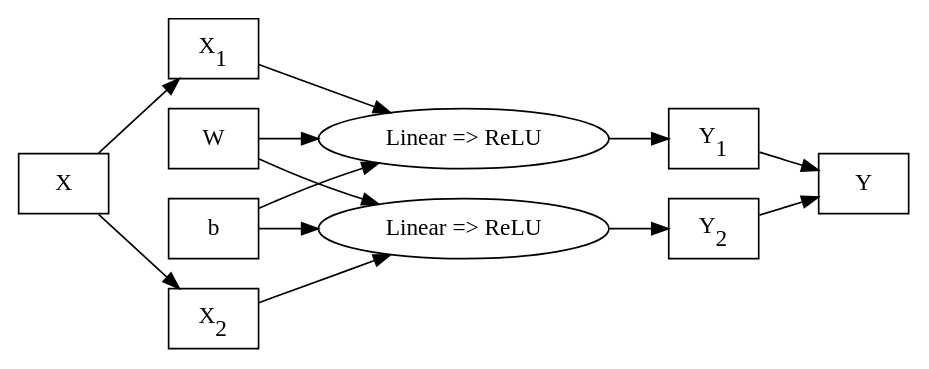
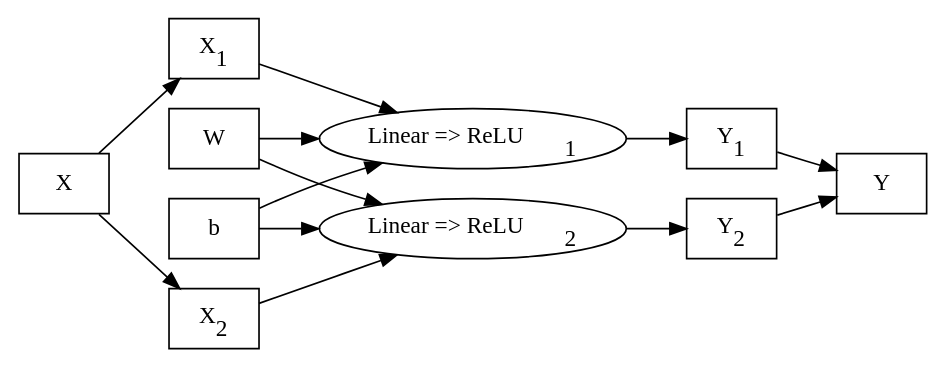
One commit to crutcher/crutcher.github.io-source changed the fourth of 52 diagrams in source/Tapestry/index.md. Above: the diagram before and after it, drawn with Graphviz. The commit also changed other lines of this file, not shown here.

````diff
--- a/source/Tapestry/index.md
+++ b/source/Tapestry/index.md
@@ -573,31 +573,31 @@
 ```graphviz
 digraph D {
     rankdir=LR;
     X, W, b, Y [shape=box];
     
     X_1 [label=<X<sub>1</sub>>, shape=box];
     X_2 [label=<X<sub>2</sub>>, shape=box];
     
     Y_1 [label=<Y<sub>1</sub>>, shape=box];
     Y_2 [label=<Y<sub>2</sub>>, shape=box];
     
-    Op_1 [label="Linear => ReLU"];
-    Op_2 [label="Linear => ReLU"];
+    Op_1 [label=<Linear =&gt; ReLU<sub>1</sub>>];
+    Op_2 [label=<Linear =&gt; ReLU<sub>2</sub>>];
     
     X -> X_1;
     X -> X_2;
     
     X_1 -> Op_1;
     W -> Op_1;
     b -> Op_1;
     Op_1 -> Y_1;
     
     X_2 -> Op_2;
     W -> Op_2;
     b -> Op_2;
     Op_2 -> Y_2;
     
     Y_1 -> Y;
     Y_2 -> Y;
 }
 ```
````
